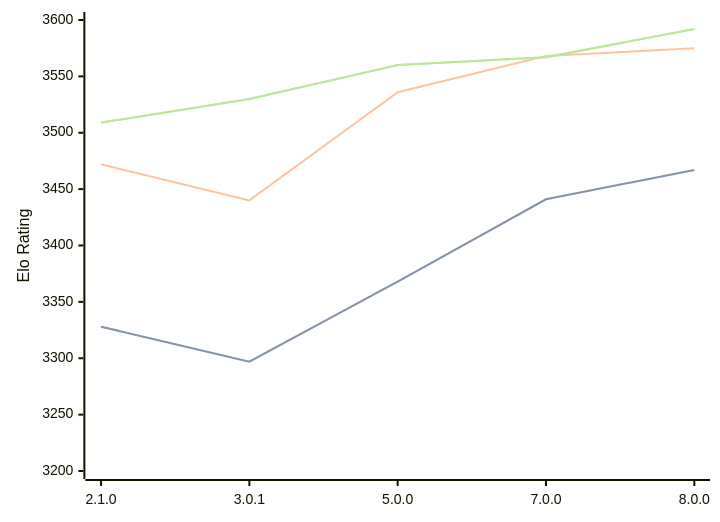
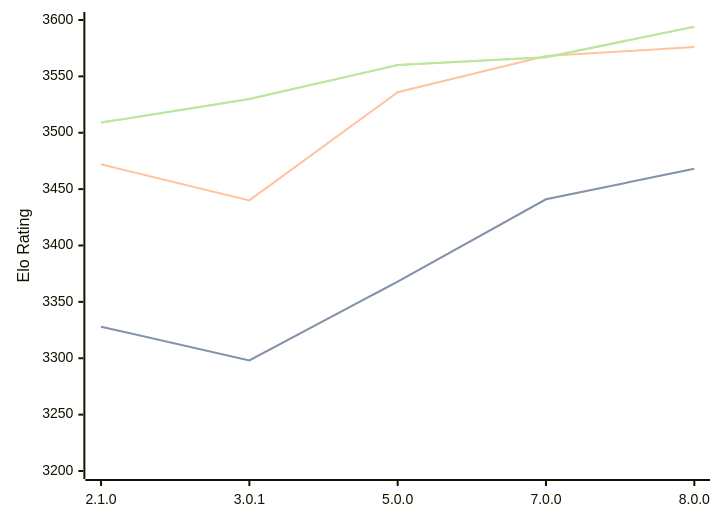
Before and after one commit to computer-chess-index/cci: the diagram in engines/PlentyChess.md, drawn with Mermaid. The commit also changed other lines of this file, not shown here.

Commit message:
Update CCI Ratings (ELO VLTC) - 2026-09-09

````diff
--- a/engines/PlentyChess.md
+++ b/engines/PlentyChess.md
@@ -37,11 +37,11 @@
 ```mermaid
 %%{init: {"theme":"base","themeVariables":{"seriesColors:['#a3a3a3','#222221','#faa371']}}}%%
 xychart-beta
   x-axis ["2.1.0", "3.0.1", "5.0.0", "7.0.0", "8.0.0"]
   y-axis "Elo Rating" 3200 --> 3600
-  line "" [3328, 3297, 3368, 3441, 3467]
-  line "STC (8.0+0.08s)" [3328, 3297, 3368, 3441, 3467]
-  line "LTC (60.0+0.60s)" [3472, 3440, 3536, 3568, 3575]
-  line "" [3509, 3530, 3560, 3567, 3592]
-  line "VLTC (2m24s+1.12s)" [3509, 3530, 3560, 3567, 3592]
+  line "" [3328, 3298, 3368, 3441, 3468]
+  line "STC (8.0+0.08s)" [3328, 3298, 3368, 3441, 3468]
+  line "LTC (60.0+0.60s)" [3472, 3440, 3536, 3568, 3576]
+  line "" [3509, 3530, 3560, 3567, 3594]
+  line "VLTC (2m24s+1.12s)" [3509, 3530, 3560, 3567, 3594]
 ```
````
